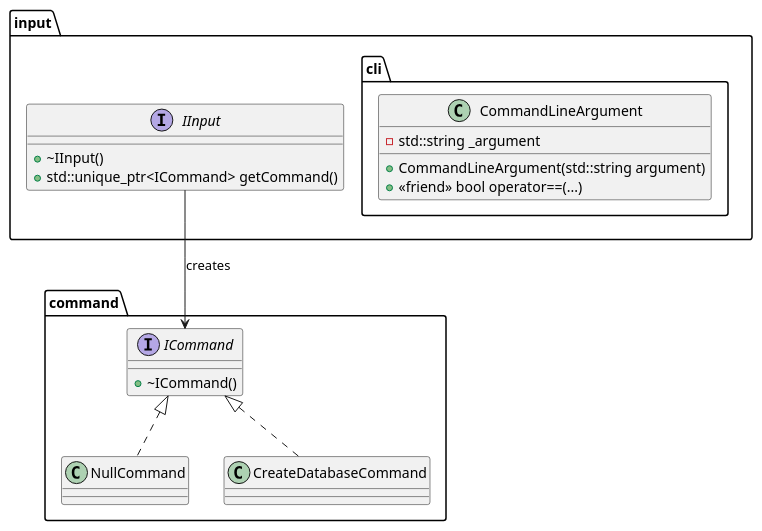
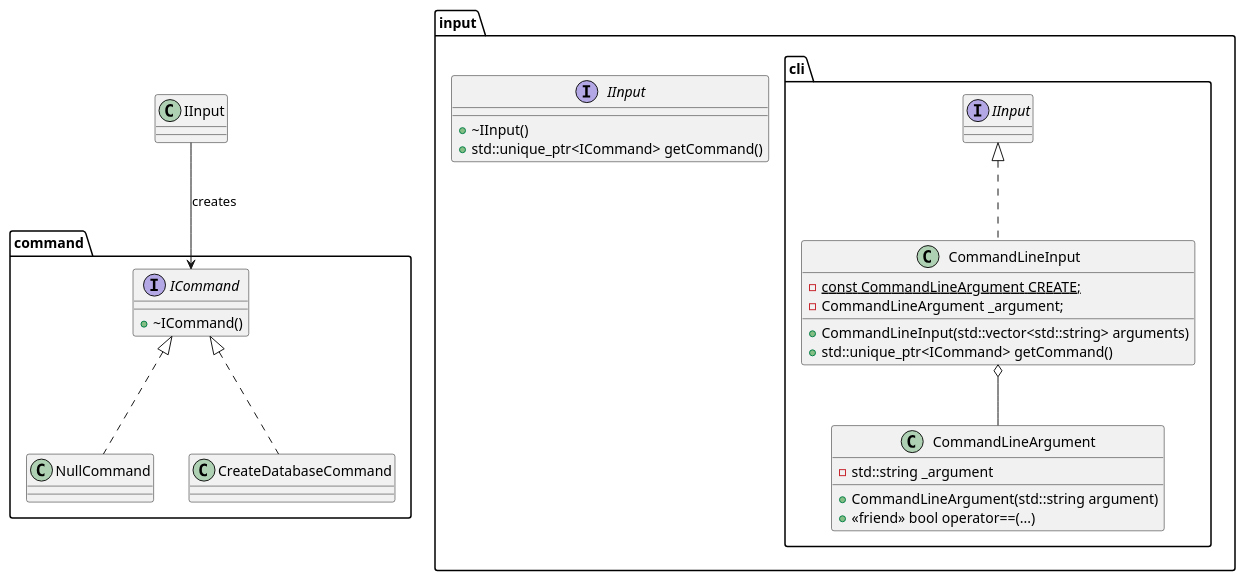
The diagram in doc/class.puml (Payzman/simple-issue-tracker), drawn with PlantUML before and after one commit. The commit also changed 3 other files, not shown here.

Commit message:
refactor: Moved command line input

```diff
--- a/doc/class.puml
+++ b/doc/class.puml
@@ -1,25 +1,32 @@
 @startuml
 package command {
   interface ICommand {
     +~ICommand()
   }
   class NullCommand implements ICommand
   class CreateDatabaseCommand implements ICommand
 }
 
 package input {
   interface IInput {
     +~IInput()
     +std::unique_ptr<ICommand> getCommand()
   }
   package cli {
     class CommandLineArgument {
       +CommandLineArgument(std::string argument)
       +<<friend>> bool operator==(...)
       -std::string _argument
     }
+    class CommandLineInput implements IInput {
+      +CommandLineInput(std::vector<std::string> arguments)
+      +std::unique_ptr<ICommand> getCommand()
+      -{static} const CommandLineArgument CREATE;
+      -CommandLineArgument _argument;
+    }
+    CommandLineInput o-- CommandLineArgument
   }
 }
 
 IInput --> ICommand : creates
 @enduml
```
